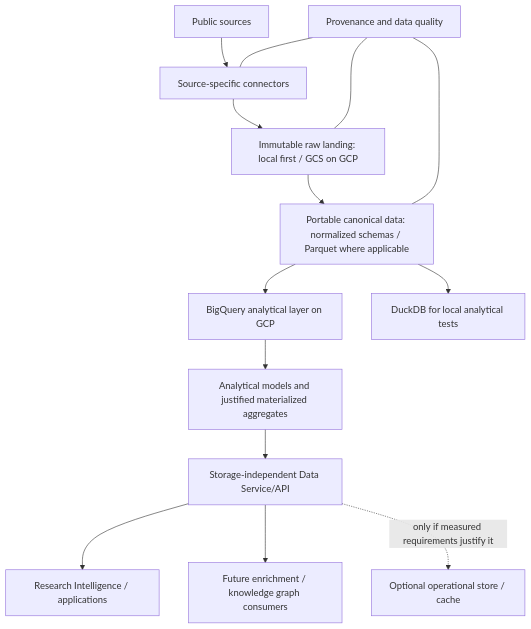
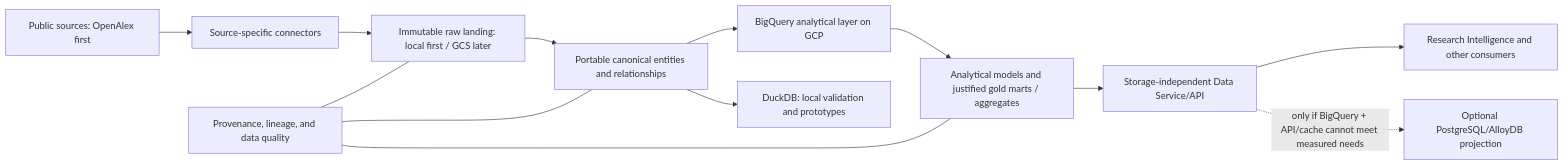
The diagram in README.md (agilandeenadhayalan41/research-intelligence-data-platform), drawn with Mermaid before and after one commit. The commit also changed other lines of this file, not shown here.

First line of the commit message:
docs: refresh README for BigQuery-first roadmap

````diff
--- a/README.md
+++ b/README.md
@@ -20,16 +60,15 @@
 ```mermaid
-flowchart TD
-    Sources["Public sources"] --> Connectors["Source-specific connectors"]
-    Connectors --> Raw["Immutable raw landing: local first / GCS on GCP"]
-    Raw --> Canonical["Portable canonical data: normalized schemas / Parquet where applicable"]
-    Canonical --> BQ["BigQuery analytical layer on GCP"]
-    Canonical --> DuckDB["DuckDB for local analytical tests"]
-    BQ --> Models["Analytical models and justified materialized aggregates"]
+flowchart LR
+    Sources["Public sources: OpenAlex first"] --> Connectors["Source-specific connectors"]
+    Connectors --> Raw["Immutable raw landing: local first / GCS later"]
+    Raw --> Canonical["Portable canonical entities and relationships"]
+    Canonical --> BigQuery["BigQuery analytical layer on GCP"]
+    Canonical --> DuckDB["DuckDB: local validation and prototypes"]
+    BigQuery --> Models["Analytical models and justified gold marts / aggregates"]
     Models --> API["Storage-independent Data Service/API"]
-    API --> RI["Research Intelligence / applications"]
-    API --> Enrichment["Future enrichment / knowledge graph consumers"]
-    API -. "only if measured requirements justify it" .-> Ops["Optional operational store / cache"]
-    Provenance["Provenance and data quality"] --- Connectors
-    Provenance --- Raw
-    Provenance --- Canonical
+    API --> Consumers["Research Intelligence and other consumers"]
+    API -. "only if BigQuery + API/cache cannot meet measured needs" .-> Optional["Optional PostgreSQL/AlloyDB projection"]
+    Governance["Provenance, lineage, and data quality"] --- Raw
+    Governance --- Canonical
+    Governance --- Models
 ```
````
